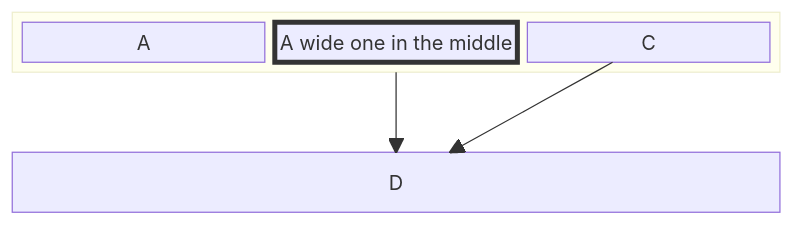
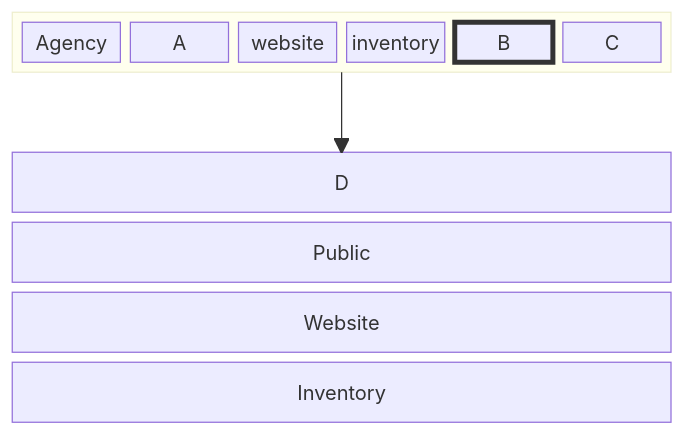
The diagram in about/project-management/diagrams/inventory-creation.md (GSA/site-scanning-documentation), drawn with Mermaid before and after one commit.

Commit message:
Revise inventory-creation diagram content
Updated inventory creation diagram to include agency websites and public website inventory.

````diff
--- a/about/project-management/diagrams/inventory-creation.md
+++ b/about/project-management/diagrams/inventory-creation.md
@@ -1,16 +1,16 @@
 ```mermaid
 
 block-beta
         columns 1
           block:ID
-            A
-            B["A wide one in the middle"]
-            C
+            Agency A website inventory
+            Agency B website inventory
+            Agency C website inventory
           end
           space
           D
+            Public Website Inventory
           ID --> D
-          C --> D
           style B fill:#d6dAdding,stroke:#333,stroke-width:4px
 
 ```
````
